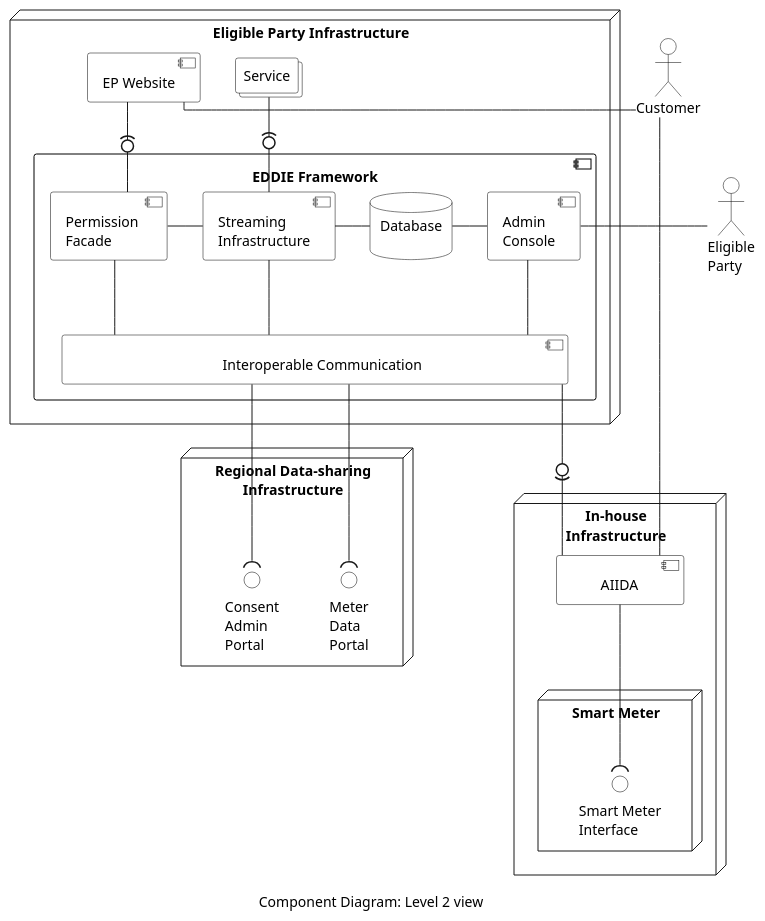
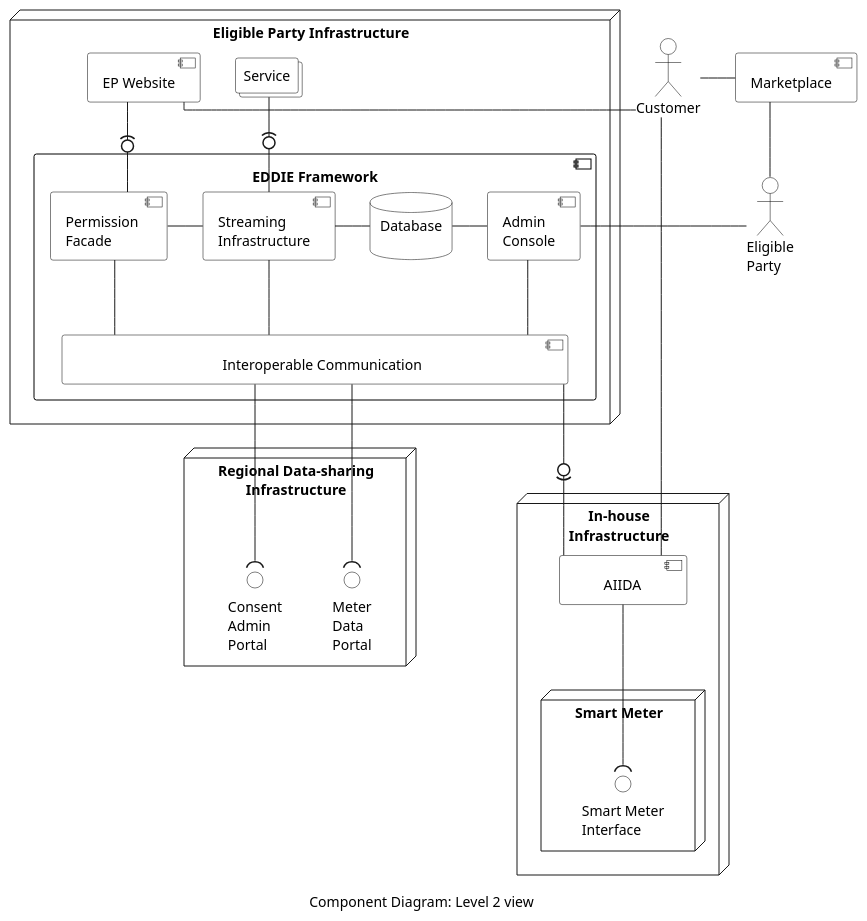
One commit to eddie-energy/architecture changed the diagram in arc42/05-building-block-view/figures/component-diagram-level-2.puml. Above: the diagram before and after it, drawn with PlantUML. The commit also changed 58 other files, not shown here.

Commit message:
minor updates, typos, figure naming etc

```diff
--- a/arc42/05-building-block-view/figures/component-diagram-level-2.puml
+++ b/arc42/05-building-block-view/figures/component-diagram-level-2.puml
@@ -1,82 +1,89 @@
 @startuml component-diagram-level-2
 'component diagram
 caption Component Diagram: Level 2 view
 
 skinparam linetype ortho
 skinparam interface {
   backgroundColor transparent
   borderColor black
 }
 skinparam component{
   BorderColor black
   BackgroundColor transparent
 }
 skinparam actor{
   BorderColor black
   BackgroundColor transparent
 }
 skinparam database{
   BorderColor black
   BackgroundColor transparent
 }
 skinparam collections{
   BorderColor black
   BackgroundColor white
 }
 skinparam rectangle{
   BorderColor transparent
   BackgroundColor transparent
   FontColor transparent
 }
 
 
 node "Eligible Party Infrastructure"  as epInfra{
   component "EDDIE Framework" {    
     component "Permission \nFacade" as consentFacade
     component "Streaming\nInfrastructure" as broker
     database "Database\n" as database
     component "Admin \nConsole" as adminConsole
     component "\t\t\t\t\tInteroperable Communication\t\t\t\t\t" as comm
   }
  
     component "EP Website" as ui
     collections "Service" as services
   
 
   ui -down(0- consentFacade
   ui -[hidden]right- services
   consentFacade -right- broker
   consentFacade -down- comm
   broker -right- database
   broker -down- comm
   database -right-adminConsole
   broker -up0)- services
   adminConsole -down- comm
 
 }
 node "In-house\nInfrastructure" {
   component "\tAIIDA\t" as aiida
   node "Smart Meter" as meter {
       interface "Smart Meter\nInterface" as p1
   }
   aiida -down-( p1 
 }
 
 node "Regional Data-sharing\nInfrastructure" as energyProvider {
   interface "Meter\nData\nPortal" as dataPortal
   interface "Consent\nAdmin\nPortal" as adminPortal
 }
 
 actor "Customer" as consumer
-actor "Eligible\nParty" as admin
-  admin -left- adminConsole
+actor "Eligible\nParty" as ep
+
+component "Marketplace" as marketplace
+
+consumer -right- marketplace
+marketplace -down- ep
+
+
+ep -left- adminConsole
 
 consumer -down- aiida
 consumer - ui
 
 comm -down-( dataPortal
 comm -down-( adminPortal
 
 aiida -up(0- comm
 
 @enduml
```
